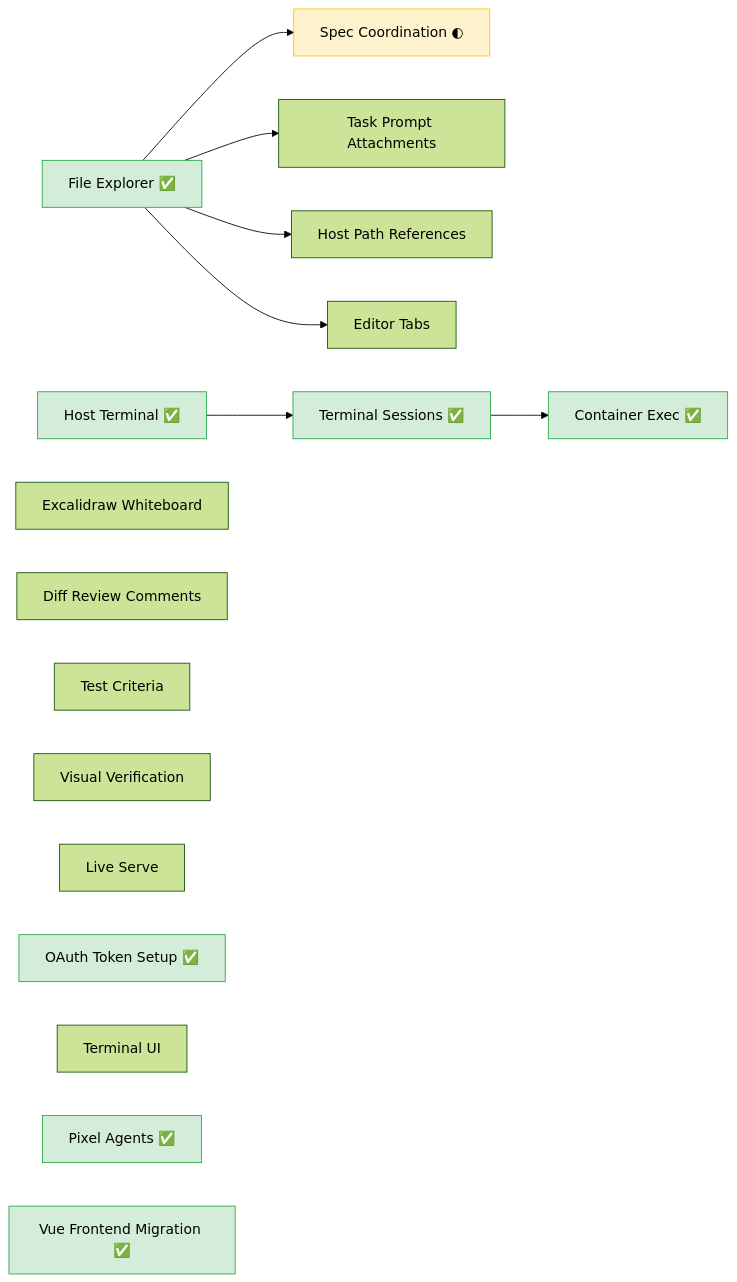
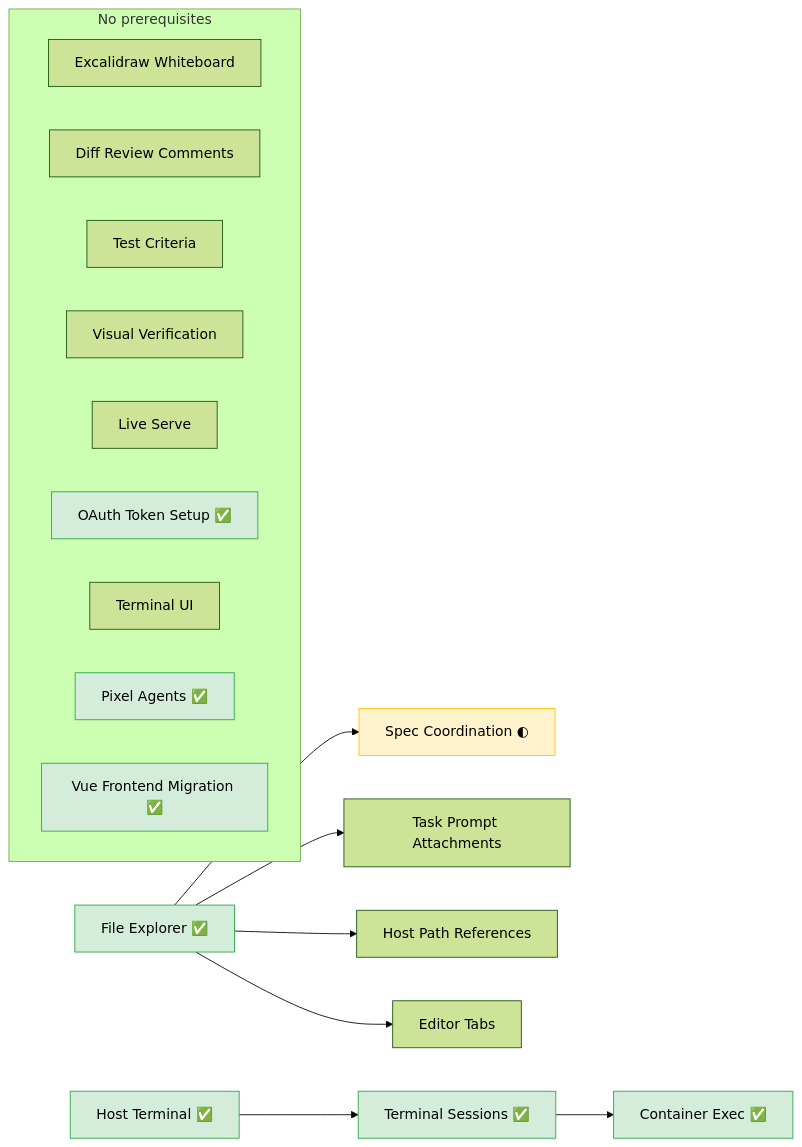
One commit to changkun/wallfacer changed the second of 4 diagrams in specs/README.md. Above: the diagram before and after it, drawn with Mermaid (forest theme). The commit also changed 8 other files, not shown here.

First line of the commit message:
docs,specs: repair mermaid diagrams that rendered wrong

````diff
--- a/specs/README.md
+++ b/specs/README.md
@@ -196,27 +196,30 @@
 ```mermaid
 graph LR
   FE[File Explorer ✅] --> SC[Spec Coordination ◐]
   FE --> TPA[Task Prompt Attachments]
   FE --> HPR[Host Path References]
   FE --> IFP[Editor Tabs]
   HT[Host Terminal ✅] --> TS[Terminal Sessions ✅] --> CE[Container Exec ✅]
 
-  EW[Excalidraw Whiteboard]
-  DRC[Diff Review Comments]
-  TC[Test Criteria]
-  VV[Visual Verification]
-  LS[Live Serve]
-  OTS[OAuth Token Setup ✅]
-  TUI[Terminal UI]
-  PA[Pixel Agents ✅]
-  VFM[Vue Frontend Migration ✅]
+  subgraph IND["No prerequisites"]
+    direction LR
+    EW[Excalidraw Whiteboard]
+    DRC[Diff Review Comments]
+    TC[Test Criteria]
+    VV[Visual Verification]
+    LS[Live Serve]
+    OTS[OAuth Token Setup ✅]
+    TUI[Terminal UI]
+    PA[Pixel Agents ✅]
+    VFM[Vue Frontend Migration ✅]
+  end
 
   style FE fill:#d4edda,stroke:#28a745
   style HT fill:#d4edda,stroke:#28a745
   style TS fill:#d4edda,stroke:#28a745
   style CE fill:#d4edda,stroke:#28a745
   style OTS fill:#d4edda,stroke:#28a745
   style PA fill:#d4edda,stroke:#28a745
   style VFM fill:#d4edda,stroke:#28a745
   style SC fill:#fff3cd,stroke:#ffc107
 ```
````
